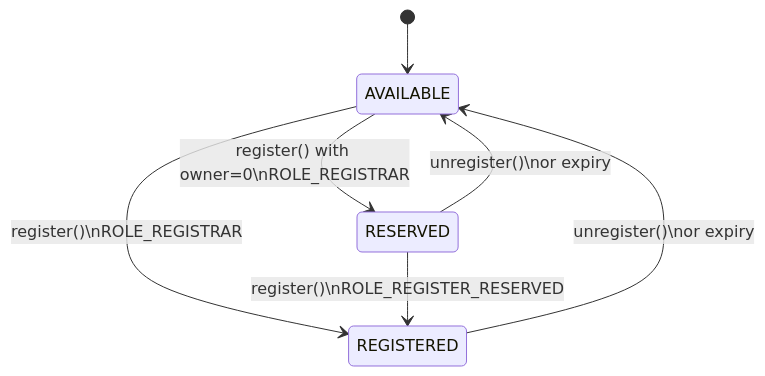
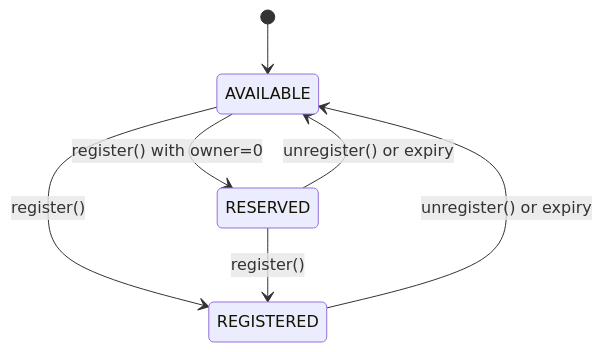
One commit to ensdomains/docs changed the diagram in src/pages/contracts/ensv2/permissioned-registry.mdx. Above: the diagram before and after it, drawn with Mermaid. The commit also changed other lines of this file and 1 other file, not shown here.

````diff
--- a/src/pages/contracts/ensv2/permissioned-registry.mdx
+++ b/src/pages/contracts/ensv2/permissioned-registry.mdx
@@ -26,9 +26,9 @@
 ```mermaid
 stateDiagram-v2
     [*] --> AVAILABLE
-    AVAILABLE --> REGISTERED: register()\nROLE_REGISTRAR
-    AVAILABLE --> RESERVED: register() with owner=0\nROLE_REGISTRAR
-    RESERVED --> REGISTERED: register()\nROLE_REGISTER_RESERVED
-    REGISTERED --> AVAILABLE: unregister()\nor expiry
-    RESERVED --> AVAILABLE: unregister()\nor expiry
+    AVAILABLE --> REGISTERED: register()
+    AVAILABLE --> RESERVED: register() with owner=0
+    RESERVED --> REGISTERED: register()
+    REGISTERED --> AVAILABLE: unregister() or expiry
+    RESERVED --> AVAILABLE: unregister() or expiry
 ```
````
